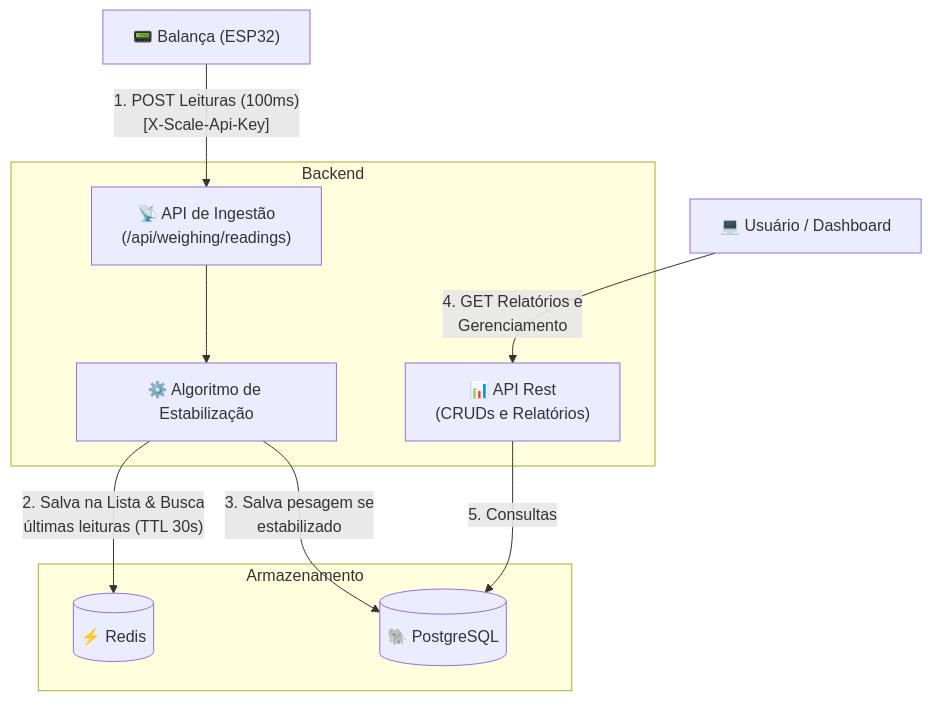
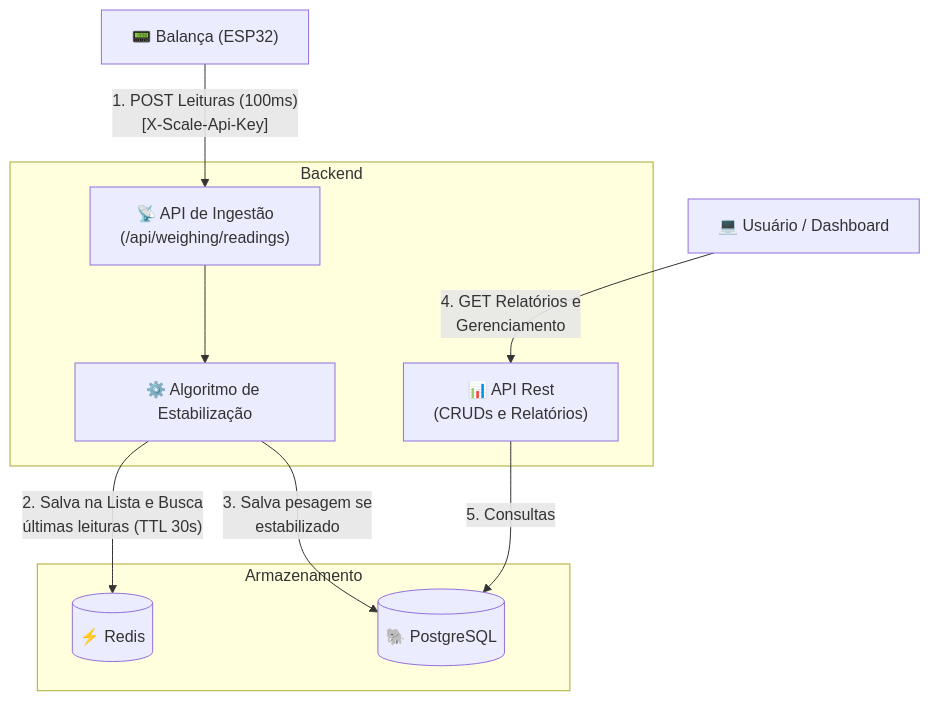
One commit to kelvinmotter/desafio-transporte-graos changed the diagram in README.md. Above: the diagram before and after it, drawn with Mermaid.

Commit message:
Correção caracter

````diff
--- a/README.md
+++ b/README.md
@@ -18,24 +18,24 @@
 ```mermaid
 flowchart TD
     ESP32["📟 Balança (ESP32)"]
     User["💻 Usuário / Dashboard"]
 
     subgraph "Backend"
         API["📡 API de Ingestão\n(/api/weighing/readings)"]
         StabAlgo["⚙️ Algoritmo de Estabilização"]
         BusinessAPI["📊 API Rest\n(CRUDs e Relatórios)"]
     end
 
     subgraph "Armazenamento"
         Redis[("⚡ Redis")]
         Postgres[("🐘 PostgreSQL")]
     end
 
     ESP32 -- "1. POST Leituras (100ms)\n[X-Scale-Api-Key]" --> API
     API --> StabAlgo
-    StabAlgo -- "2. Salva na Lista & Busca\núltimas leituras (TTL 30s)" --> Redis
+    StabAlgo -- "2. Salva na Lista e Busca\núltimas leituras (TTL 30s)" --> Redis
     StabAlgo -- "3. Salva pesagem se\nestabilizado" --> Postgres
     
     User -- "4. GET Relatórios e\nGerenciamento" --> BusinessAPI
     BusinessAPI -- "5. Consultas" --> Postgres
 ```
````
